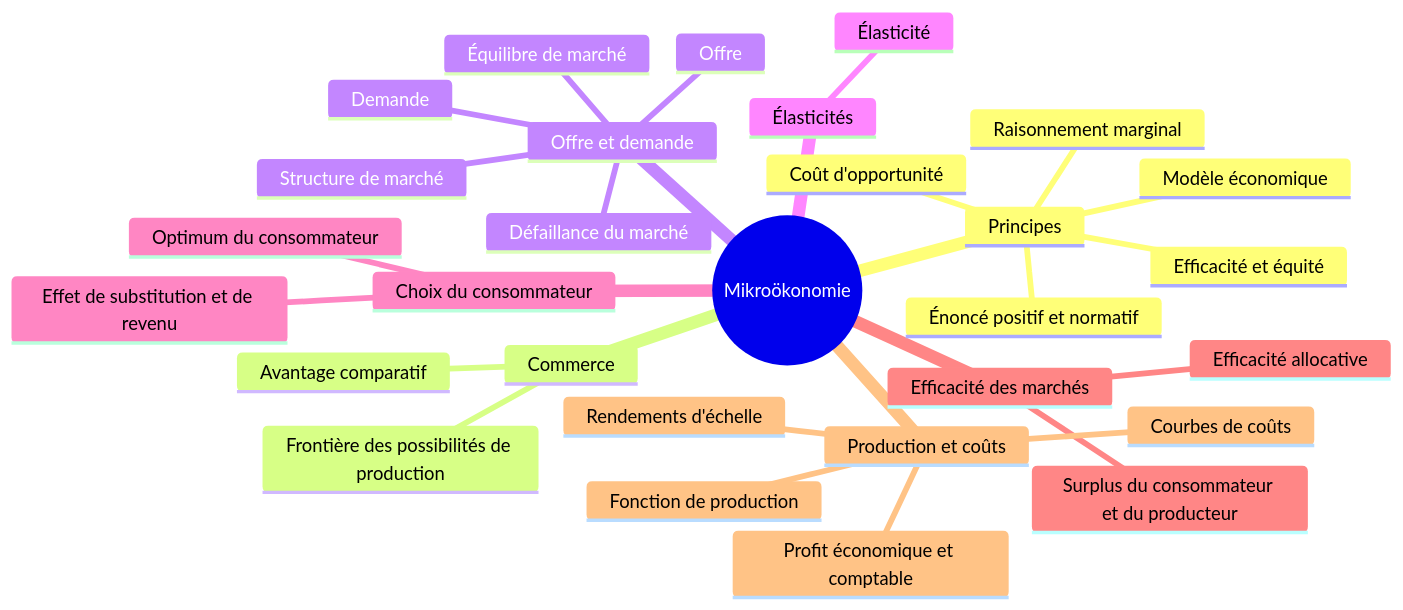
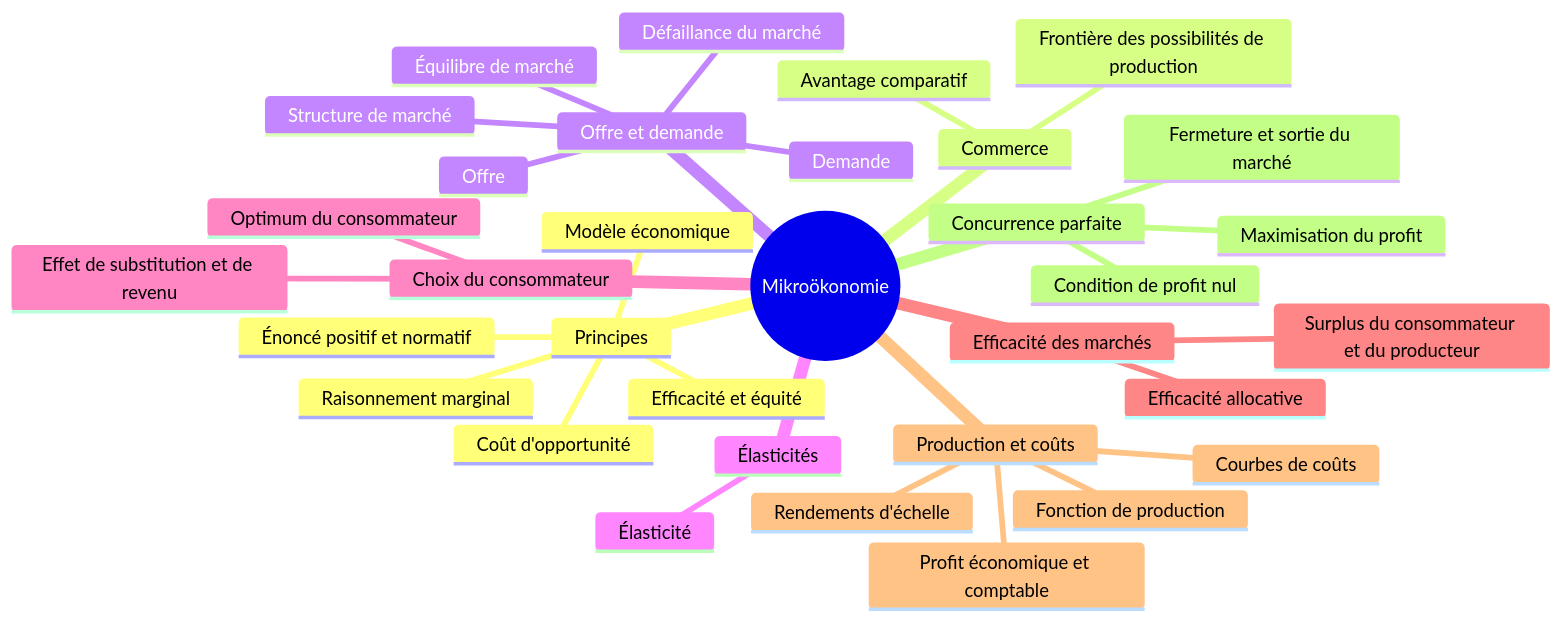
One commit to aidraxowl/NEXUS changed the diagram in NEXUS/09-Learning/Course-Maps/HS26 - Mikroökonomie.md. Above: the diagram before and after it, drawn with Mermaid. The commit also changed other lines of this file and 13 other files, not shown here.

````diff
--- a/NEXUS/09-Learning/Course-Maps/HS26 - Mikroökonomie.md
+++ b/NEXUS/09-Learning/Course-Maps/HS26 - Mikroökonomie.md
@@ -24,32 +24,36 @@
 ```mermaid
 mindmap
   root((Mikroökonomie))
     Principes
       Coût d'opportunité
       Raisonnement marginal
       Efficacité et équité
       Modèle économique
       Énoncé positif et normatif
     Commerce
       Frontière des possibilités de production
       Avantage comparatif
     Offre et demande
       Demande
       Offre
       Équilibre de marché
       Structure de marché
       Défaillance du marché
     Élasticités
       Élasticité
     Choix du consommateur
       Optimum du consommateur
       Effet de substitution et de revenu
     Efficacité des marchés
       Surplus du consommateur et du producteur
       Efficacité allocative
     Production et coûts
       Profit économique et comptable
       Fonction de production
       Courbes de coûts
       Rendements d'échelle
+    Concurrence parfaite
+      Maximisation du profit
+      Fermeture et sortie du marché
+      Condition de profit nul
 ```
````
